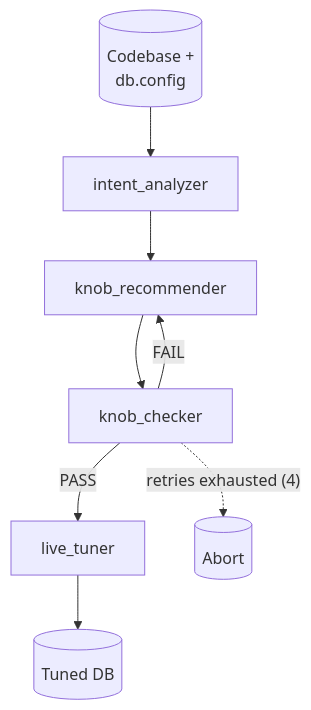
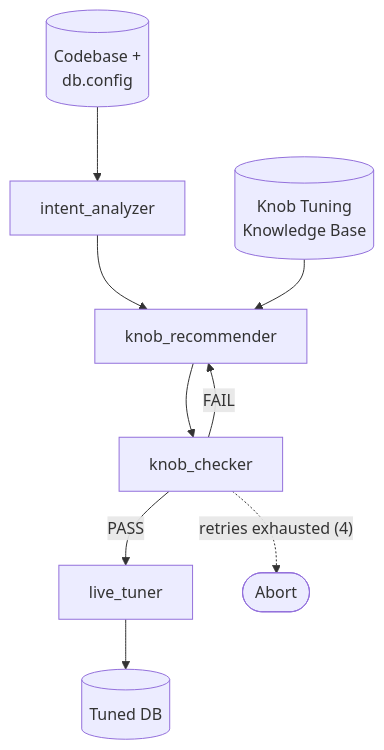
One commit to damdepot/ADCo changed the second of 2 diagrams in README.md. Above: the diagram before and after it, drawn with Mermaid.

Commit message:
docs: fix mermaid github issue

````diff
--- a/README.md
+++ b/README.md
@@ -35,10 +35,11 @@
 ```mermaid
 flowchart TD
     A[("Codebase +<br/>db.config")] --> B["intent_analyzer"]
     B --> C["knob_recommender"]
+    KB[("Knob Tuning<br/>Knowledge Base")] --> C
     C --> D["knob_checker"]
     D -->|PASS| E["live_tuner"]
     D -->|FAIL| C
-    D -.retries exhausted (4).-> F[("Abort")]
+    D -. "retries exhausted (4)" .-> F([Abort])
     E --> G[("Tuned DB")]
 ```
````
